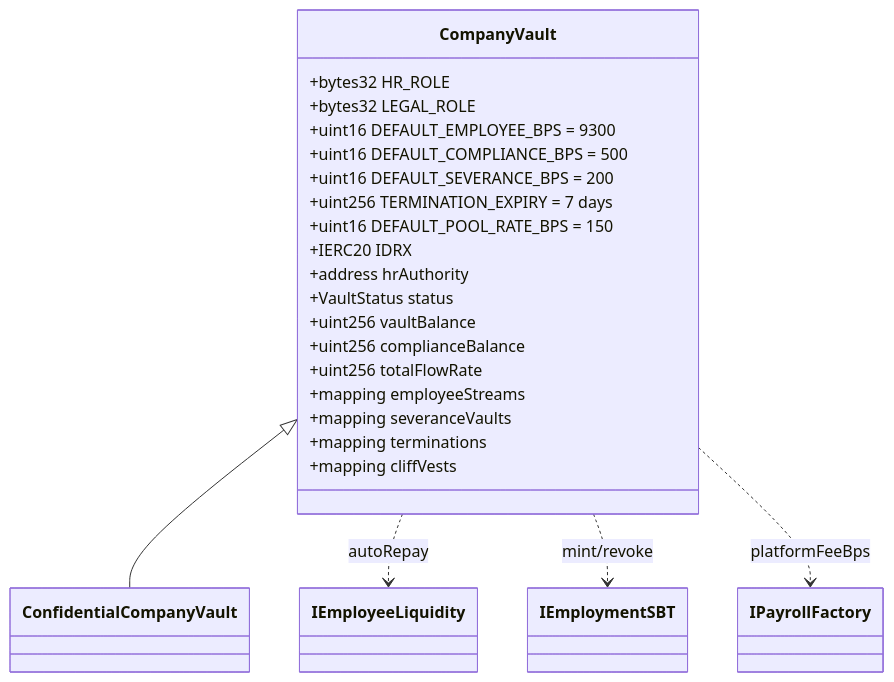
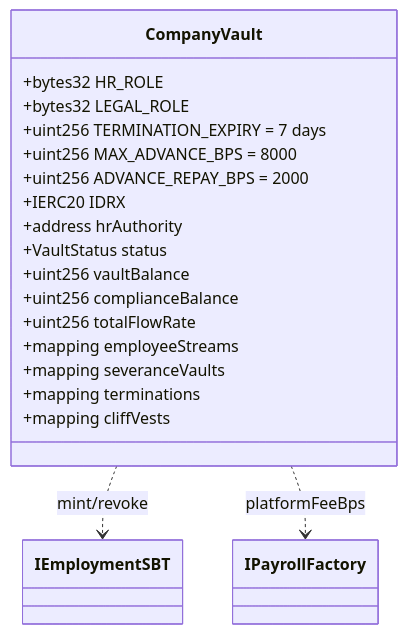
Before and after one commit to skripsi-payroll-dapp/docs: the fourth of 46 diagrams in docs/DPPL.md, drawn with Mermaid. The commit also changed other lines of this file and 54 other files, not shown here.

````diff
--- a/docs/DPPL.md
+++ b/docs/DPPL.md
@@ -550,26 +528,22 @@
 ```mermaid
 classDiagram
     class CompanyVault {
         +bytes32 HR_ROLE
         +bytes32 LEGAL_ROLE
-        +uint16 DEFAULT_EMPLOYEE_BPS = 9300
-        +uint16 DEFAULT_COMPLIANCE_BPS = 500
-        +uint16 DEFAULT_SEVERANCE_BPS = 200
         +uint256 TERMINATION_EXPIRY = 7 days
-        +uint16 DEFAULT_POOL_RATE_BPS = 150
+        +uint256 MAX_ADVANCE_BPS = 8000
+        +uint256 ADVANCE_REPAY_BPS = 2000
         +IERC20 IDRX
         +address hrAuthority
         +VaultStatus status
         +uint256 vaultBalance
         +uint256 complianceBalance
         +uint256 totalFlowRate
         +mapping employeeStreams
         +mapping severanceVaults
         +mapping terminations
         +mapping cliffVests
     }
-    CompanyVault <|-- ConfidentialCompanyVault
-    CompanyVault ..> IEmployeeLiquidity : autoRepay
     CompanyVault ..> IEmploymentSBT : mint/revoke
     CompanyVault ..> IPayrollFactory : platformFeeBps
 ```
````
